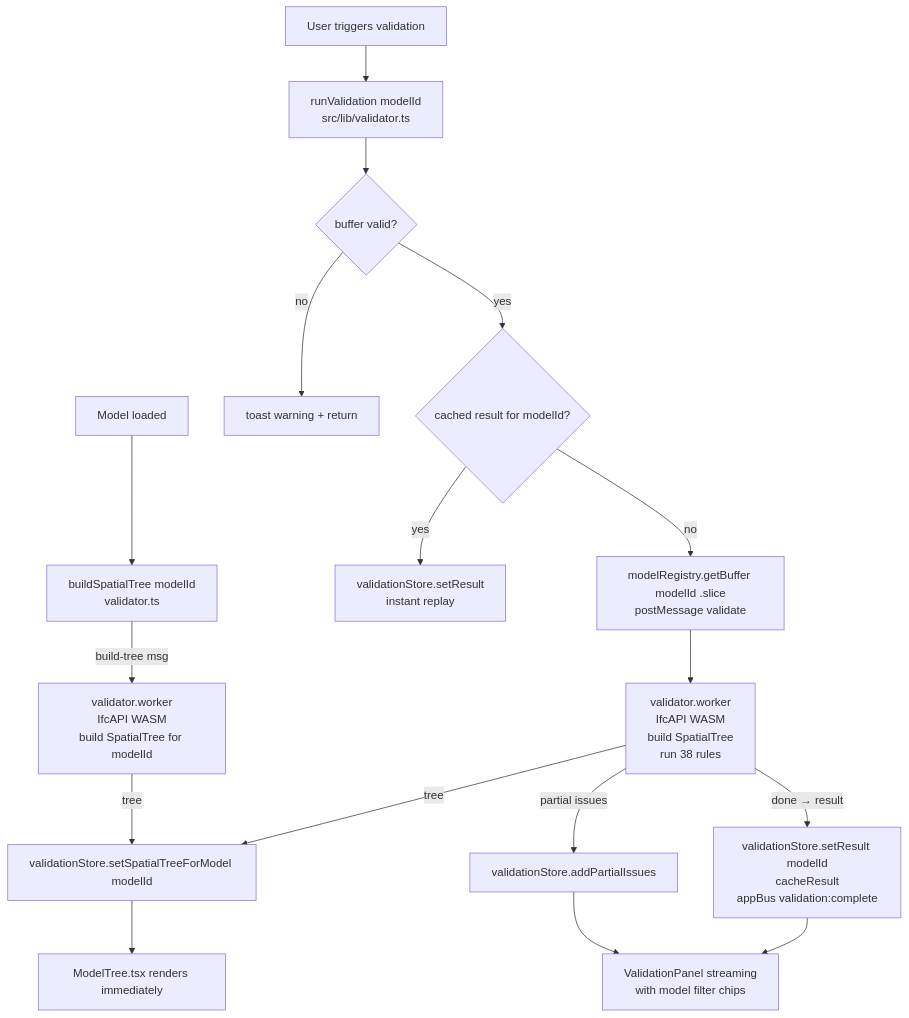
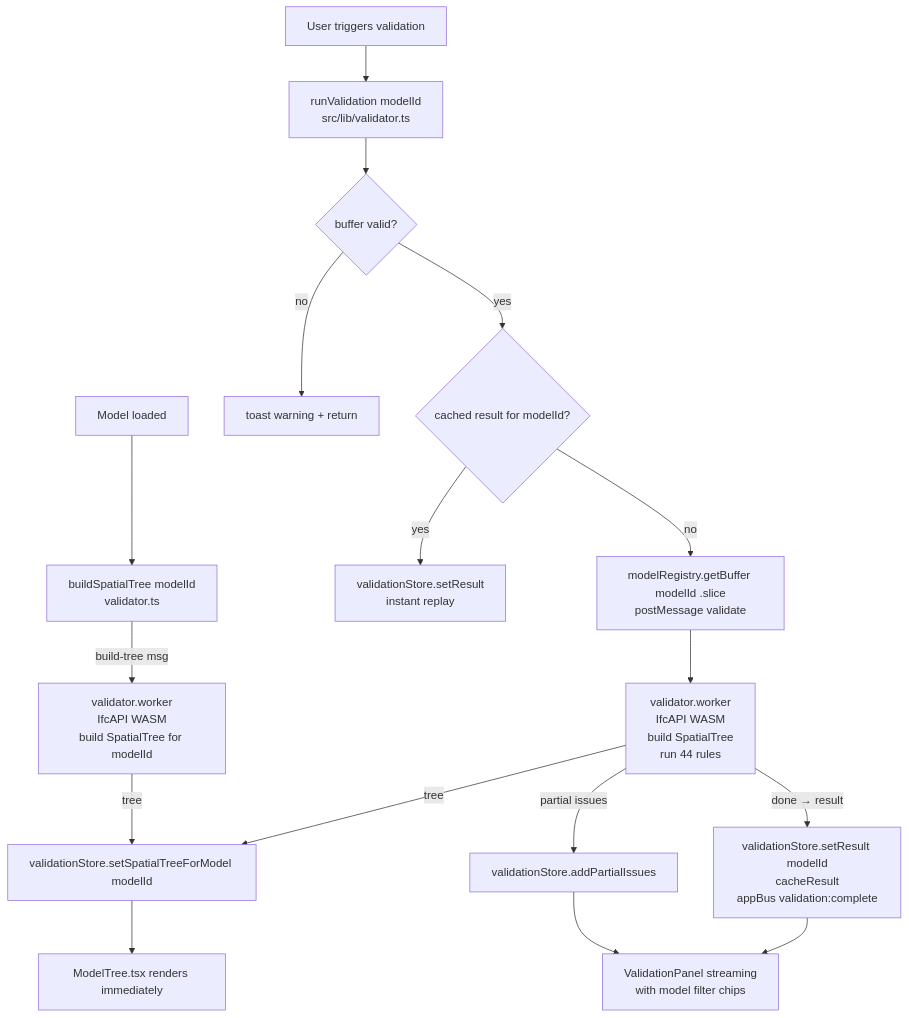
The second of 3 diagrams in ARCHITECTURE.md (j03rul4nd/ifc-viewer-online), drawn with Mermaid before and after one commit. The commit also changed other lines of this file and 24 other files, not shown here.

````diff
--- a/ARCHITECTURE.md
+++ b/ARCHITECTURE.md
@@ -147,22 +181,22 @@
 ```mermaid
 flowchart TD
     A0[Model loaded] --> A1[buildSpatialTree modelId\nvalidator.ts]
     A1 -- build-tree msg --> W[validator.worker\nIfcAPI WASM\nbuild SpatialTree for modelId]
     W -- tree --> I[validationStore.setSpatialTreeForModel modelId]
     I --> L[ModelTree.tsx renders immediately]
 
     A[User triggers validation] --> B[runValidation modelId\nsrc/lib/validator.ts]
     B --> C{buffer valid?}
     C -- no --> D[toast warning + return]
     C -- yes --> E{cached result for modelId?}
     E -- yes --> F[validationStore.setResult\ninstant replay]
     E -- no --> G[modelRegistry.getBuffer modelId .slice\npostMessage validate]
 
-    G --> H[validator.worker\nIfcAPI WASM\nbuild SpatialTree\nrun 38 rules]
+    G --> H[validator.worker\nIfcAPI WASM\nbuild SpatialTree\nrun 44 rules]
     H -- tree --> I
     H -- partial issues --> J[validationStore.addPartialIssues]
     H -- done → result --> K[validationStore.setResult modelId\ncacheResult\nappBus validation:complete]
 
     J --> M[ValidationPanel streaming\nwith model filter chips]
     K --> M
 ```
````
